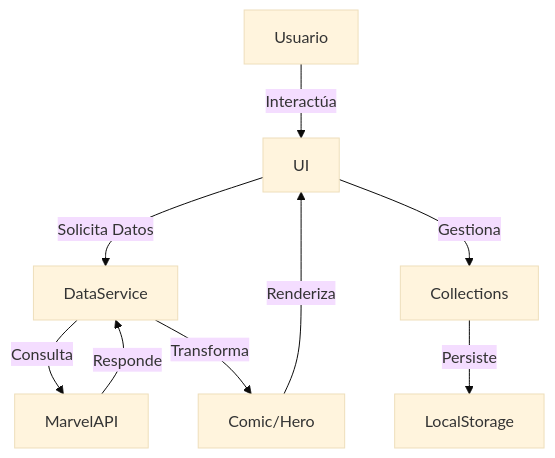
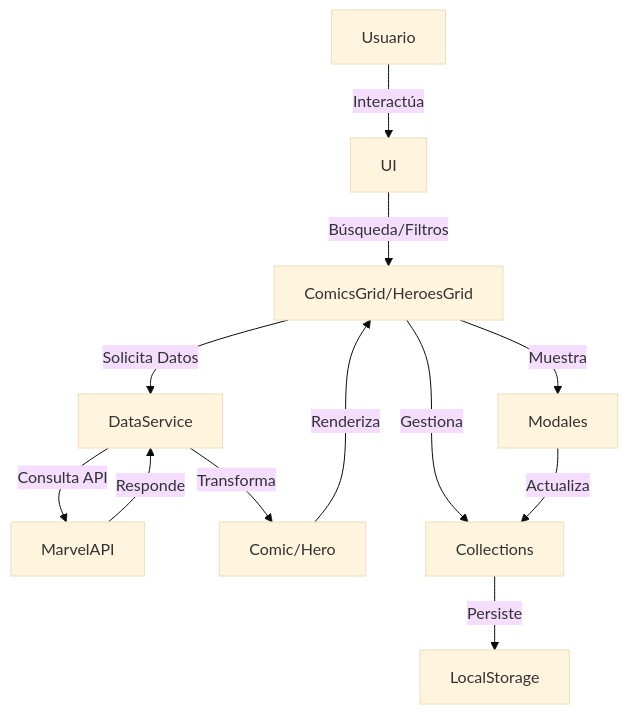
The second of 4 diagrams in README.md (LuisEUM/programaci-n-web-UOC), drawn with Mermaid (base theme) before and after one commit. The commit also changed other lines of this file and 49 other files, not shown here.

````diff
--- a/README.md
+++ b/README.md
@@ -51,11 +118,14 @@
 ```mermaid
 flowchart TD
 A[Usuario] -->|Interactúa| B[UI]
-B -->|Solicita Datos| C[DataService]
-C -->|Consulta| D[MarvelAPI]
-D -->|Responde| C
-C -->|Transforma| E[Comic/Hero]
-E -->|Renderiza| B
-B -->|Gestiona| F[Collections]
-F -->|Persiste| G[LocalStorage]
+B -->|Búsqueda/Filtros| C[ComicsGrid/HeroesGrid]
+C -->|Solicita Datos| D[DataService]
+D -->|Consulta API| E[MarvelAPI]
+E -->|Responde| D
+D -->|Transforma| F[Comic/Hero]
+F -->|Renderiza| C
+C -->|Gestiona| G[Collections]
+G -->|Persiste| H[LocalStorage]
+C -->|Muestra| I[Modales]
+I -->|Actualiza| G
 ```
````
